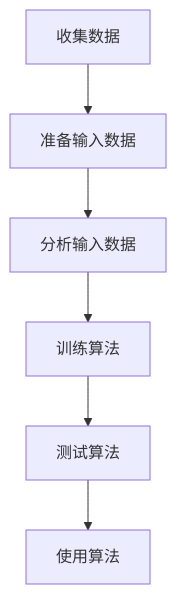
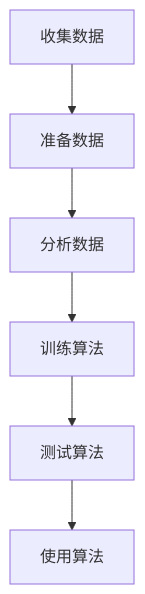
One commit to yuxiang660/learning-linux changed the second of 2 diagrams in ml_in_action/README.md. Above: the diagram before and after it, drawn with Mermaid. The commit also changed other lines of this file and 1 other file, not shown here.

````diff
--- a/ml_in_action/README.md
+++ b/ml_in_action/README.md
@@ -51,8 +51,8 @@
 ```mermaid
 flowchart TD;
-    A[收集数据]-->B[准备输入数据]
-    B-->C[分析输入数据]
+    A[收集数据]-->B[准备数据]
+    B-->C[分析数据]
     C-->D[训练算法]
     D-->E[测试算法]
     E-->F[使用算法]
 ```
````
